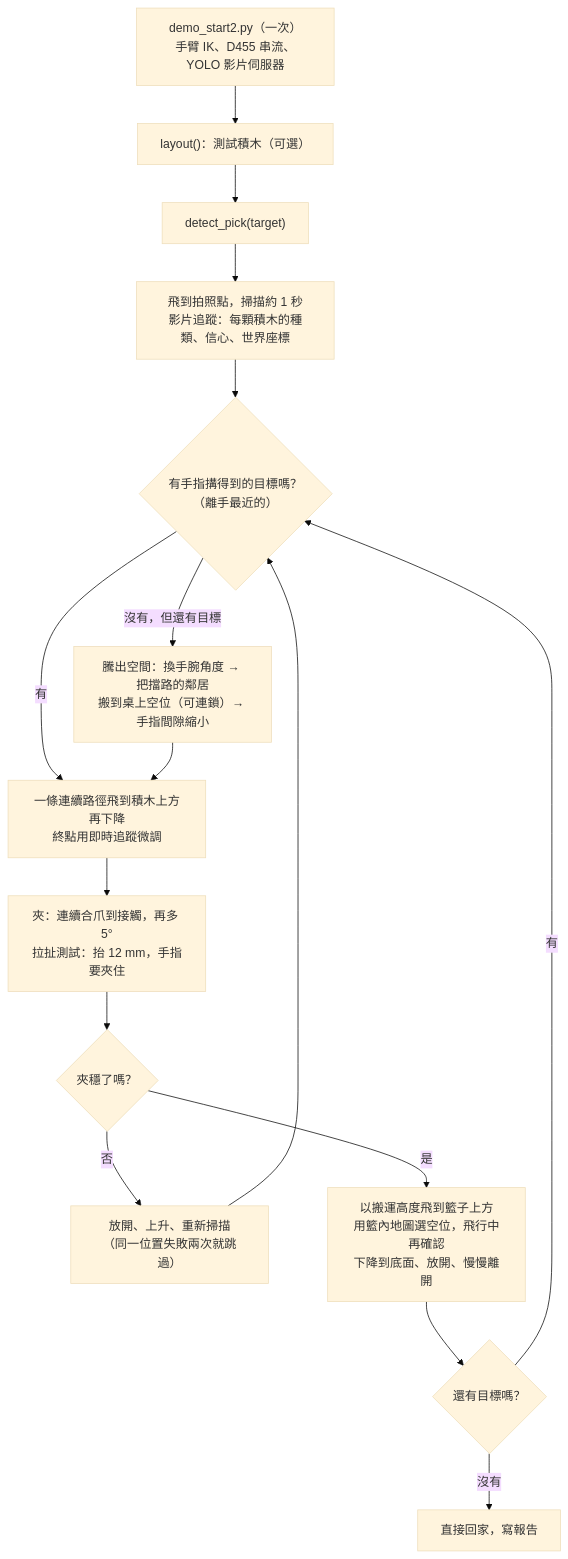
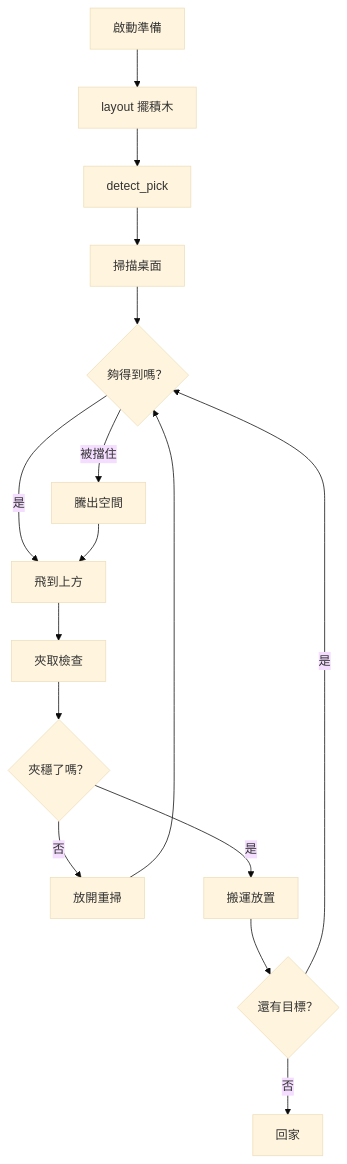
The diagram in README-zh.md (hayashimatsu/arm-detect-and-pick), drawn with Mermaid (base theme) before and after one commit. The commit also changed other lines of this file and 5 other files, not shown here.

Commit message:
demo_start2.py is now the entry point (demo_start.py and the old shortcut removed); shorter flow chart; README cleanup

````diff
--- a/README-zh.md
+++ b/README-zh.md
@@ -123,18 +121,18 @@
 ```mermaid
 flowchart TD
-    S["demo_start2.py（一次）<br/>手臂 IK、D455 串流、YOLO 影片伺服器"] --> L["layout()：測試積木（可選）"]
-    L --> A["detect_pick(target)"]
-    A --> V["飛到拍照點，掃描約 1 秒<br/>影片追蹤：每顆積木的種類、信心、世界座標"]
-    V --> T{"有手指搆得到的目標嗎？<br/>（離手最近的）"}
-    T -- 有 --> F
-    T -- "沒有，但還有目標" --> C["騰出空間：換手腕角度 → 把擋路的鄰居<br/>搬到桌上空位（可連鎖）→ 手指間隙縮小"]
+    S["啟動準備"] --> L["layout 擺積木"]
+    L --> A["detect_pick"]
+    A --> V["掃描桌面"]
+    V --> T{"夠得到嗎？"}
+    T -- 是 --> F["飛到上方"]
+    T -- "被擋住" --> C["騰出空間"]
     C --> F
-    F["一條連續路徑飛到積木上方再下降<br/>終點用即時追蹤微調"] --> G["夾：連續合爪到接觸，再多 5°<br/>拉扯測試：抬 12 mm，手指要夾住"]
+    F --> G["夾取檢查"]
     G --> K{"夾穩了嗎？"}
-    K -- 否 --> R["放開、上升、重新掃描<br/>（同一位置失敗兩次就跳過）"]
+    K -- 否 --> R["放開重掃"]
     R --> T
-    K -- 是 --> P["以搬運高度飛到籃子上方<br/>用籃內地圖選空位，飛行中再確認<br/>下降到底面、放開、慢慢離開"]
-    P --> M{"還有目標嗎？"}
-    M -- 有 --> T
-    M -- 沒有 --> H["直接回家，寫報告"]
+    K -- 是 --> P["搬運放置"]
+    P --> M{"還有目標？"}
+    M -- 是 --> T
+    M -- 否 --> H["回家"]
 ```
````
